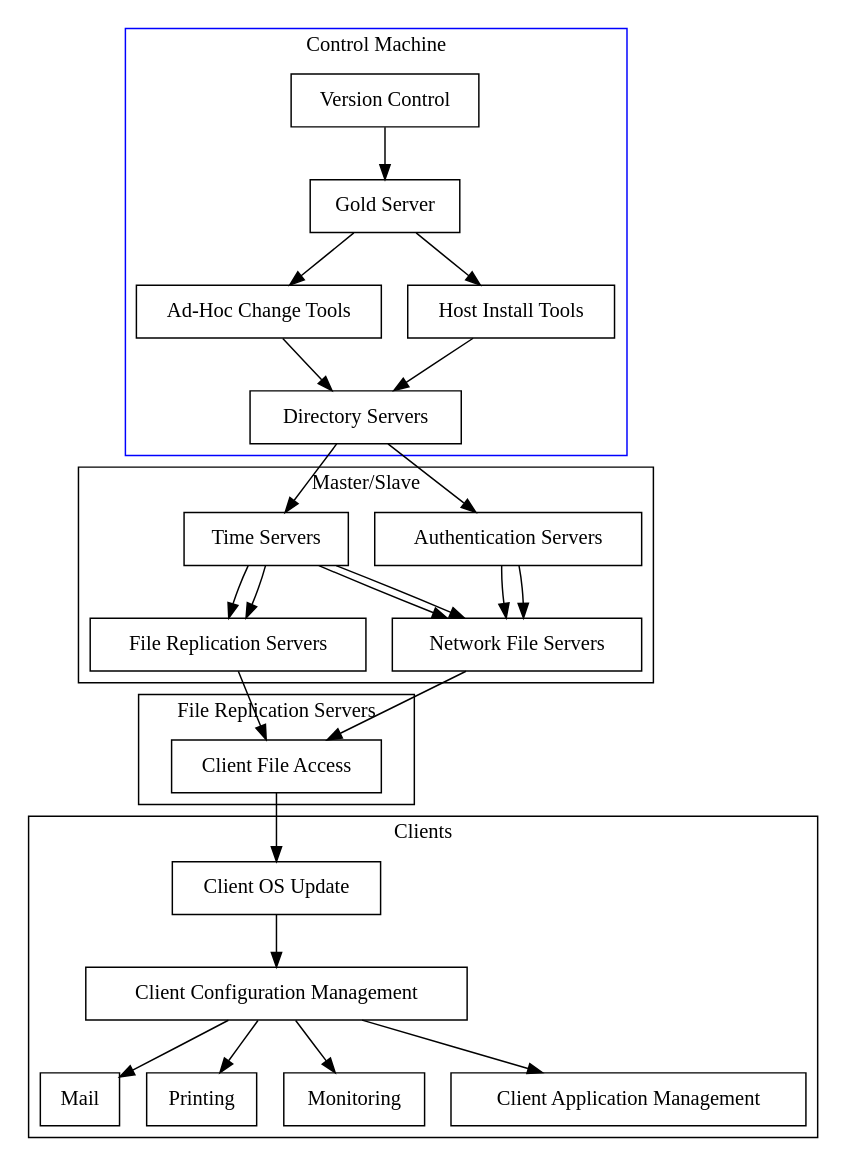
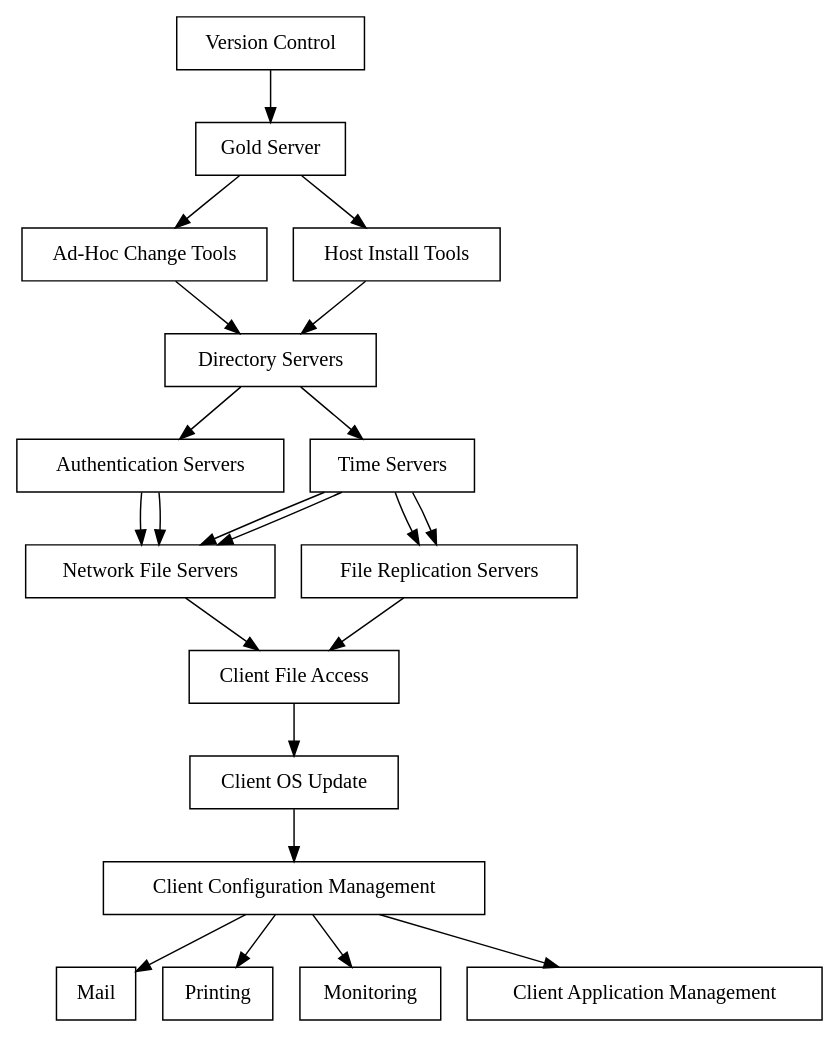
One commit to omussell/homelab changed the diagram in pic/secenv.gv. Above: the diagram before and after it, drawn with Graphviz. The commit also changed 1 other file, not shown here.

```diff
--- a/pic/secenv.gv
+++ b/pic/secenv.gv
@@ -1,54 +1,41 @@
 digraph SecureInfrastructure {
 
 	VC [shape=box,label="Version Control"];
 	GS [shape=box,label="Gold Server"];
 	AHCT [shape=box,label="Ad-Hoc Change Tools"];
 	HIT [shape=box,label="Host Install Tools"];
 	DIR [shape=box,label="Directory Servers"];
 	AUTH [shape=box,label="Authentication Servers"];
 	TIME [shape=box,label="Time Servers"];
 	NFS [shape=box,label="Network File Servers"];
 	FRS [shape=box,label="File Replication Servers"];
 	CFA [shape=box,label="Client File Access"];
 	COSU [shape=box,label="Client OS Update"];
 	CCM [shape=box,label="Client Configuration Management"];
 	MAIL [shape=box,label="Mail"];
 	PRNT [shape=box,label="Printing"];
 	MONT [shape=box,label="Monitoring"];
 	CAM [ shape=box,label="Client Application Management"]; 
 
-subgraph cluster1 {
 	VC -> GS;
 	GS -> AHCT;
 	GS -> HIT;
 	AHCT -> DIR;
 	HIT -> DIR;
-label = "Control Machine";
-color=blue
-}
-subgraph cluster2 {
 	DIR -> AUTH;
 	DIR -> TIME;
 	AUTH -> NFS;
 	TIME -> NFS;
 	TIME -> FRS;
-label = "Master/Slave";
-}
-subgraph cluster3 {
 	AUTH -> NFS;
 	TIME -> NFS;
 	TIME -> FRS;
 	NFS -> CFA;
 	FRS -> CFA;
-label = "File Replication Servers";
-}
-subgraph cluster4 {
 	CFA -> COSU;
 	COSU -> CCM;
 	CCM -> MAIL;
 	CCM -> PRNT;
 	CCM -> MONT;
 	CCM -> CAM;
-label = "Clients";
 }
-}
```
